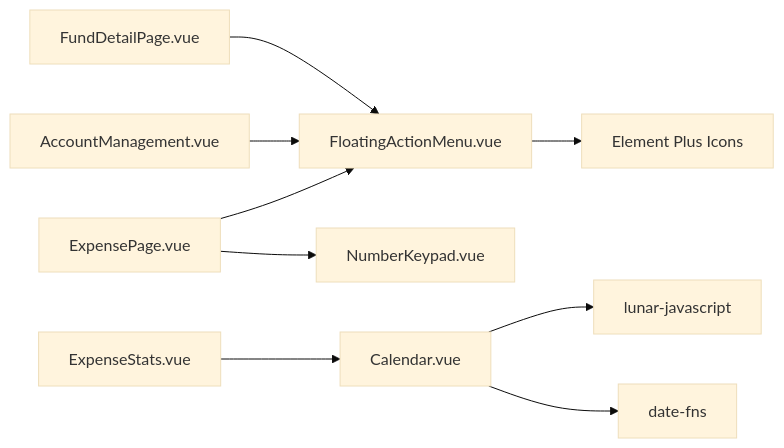
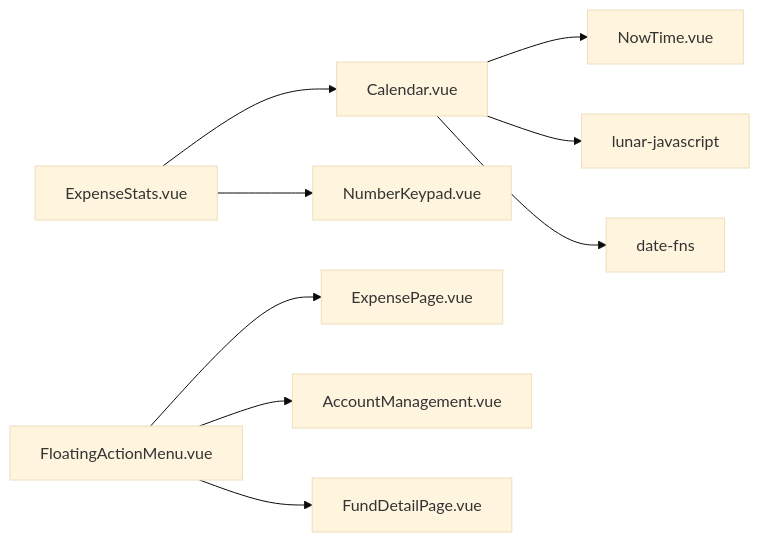
Before and after one commit to xiao-lin-unit/yuan: the seventh of 7 diagrams in .qoder/repowiki/zh/content/UI组件/交互组件.md, drawn with Mermaid (base theme). The commit also changed other lines of this file and 9 other files, not shown here.

````diff
--- a/.qoder/repowiki/zh/content/UI组件/交互组件.md
+++ b/.qoder/repowiki/zh/content/UI组件/交互组件.md
@@ -253,11 +286,11 @@
 ```mermaid
 graph LR
-EP["ExpensePage.vue"] --> FAM["FloatingActionMenu.vue"]
-AM["AccountManagement.vue"] --> FAM
-FDP["FundDetailPage.vue"] --> FAM
-EP --> NKP["NumberKeypad.vue"]
 ES["ExpenseStats.vue"] --> C["Calendar.vue"]
-C --> L1["lunar-javascript"]
-C --> D1["date-fns"]
-FAM --> EL["Element Plus Icons"]
+C --> NT["NowTime.vue"]
+ES --> NKP["NumberKeypad.vue"]
+C --> LJ["lunar-javascript"]
+C --> DF["date-fns"]
+FAM["FloatingActionMenu.vue"] --> EP["ExpensePage.vue"]
+FAM --> AM["AccountManagement.vue"]
+FAM --> FDP["FundDetailPage.vue"]
 ```
````
